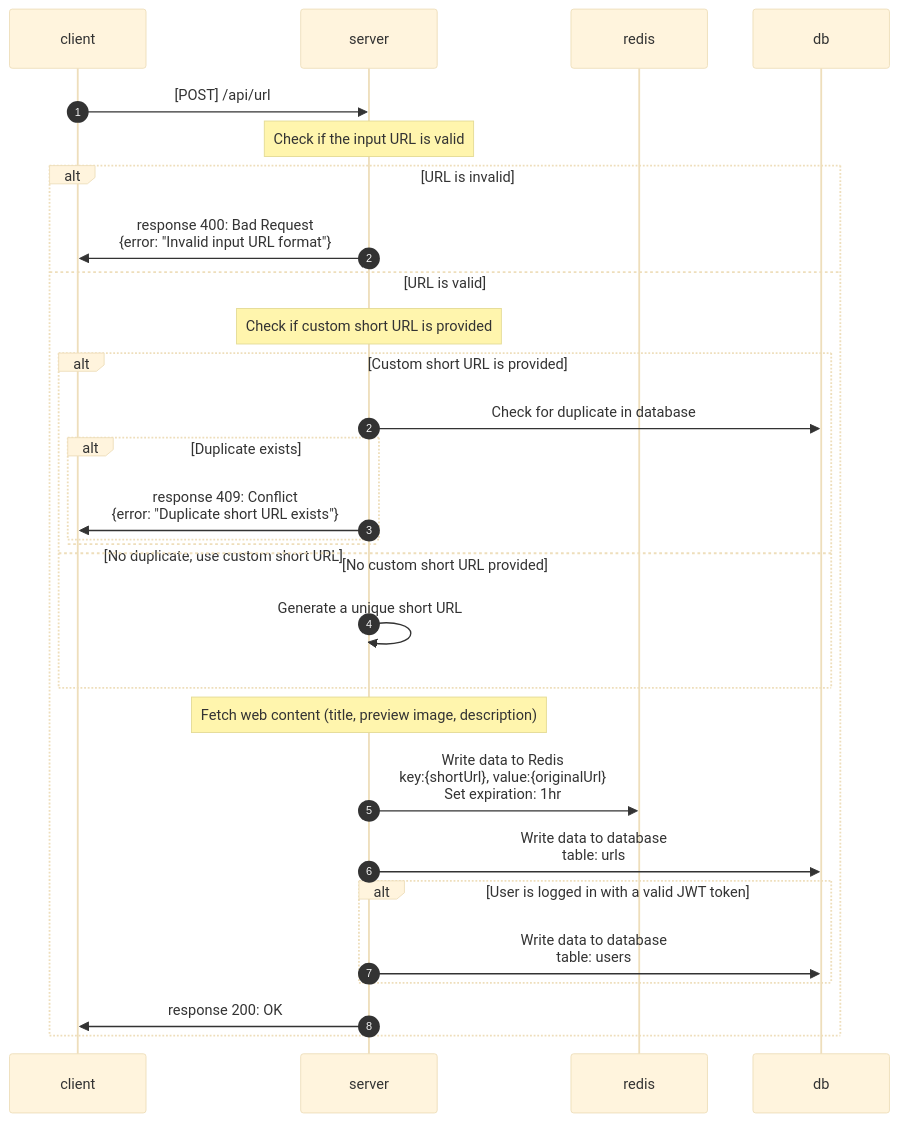
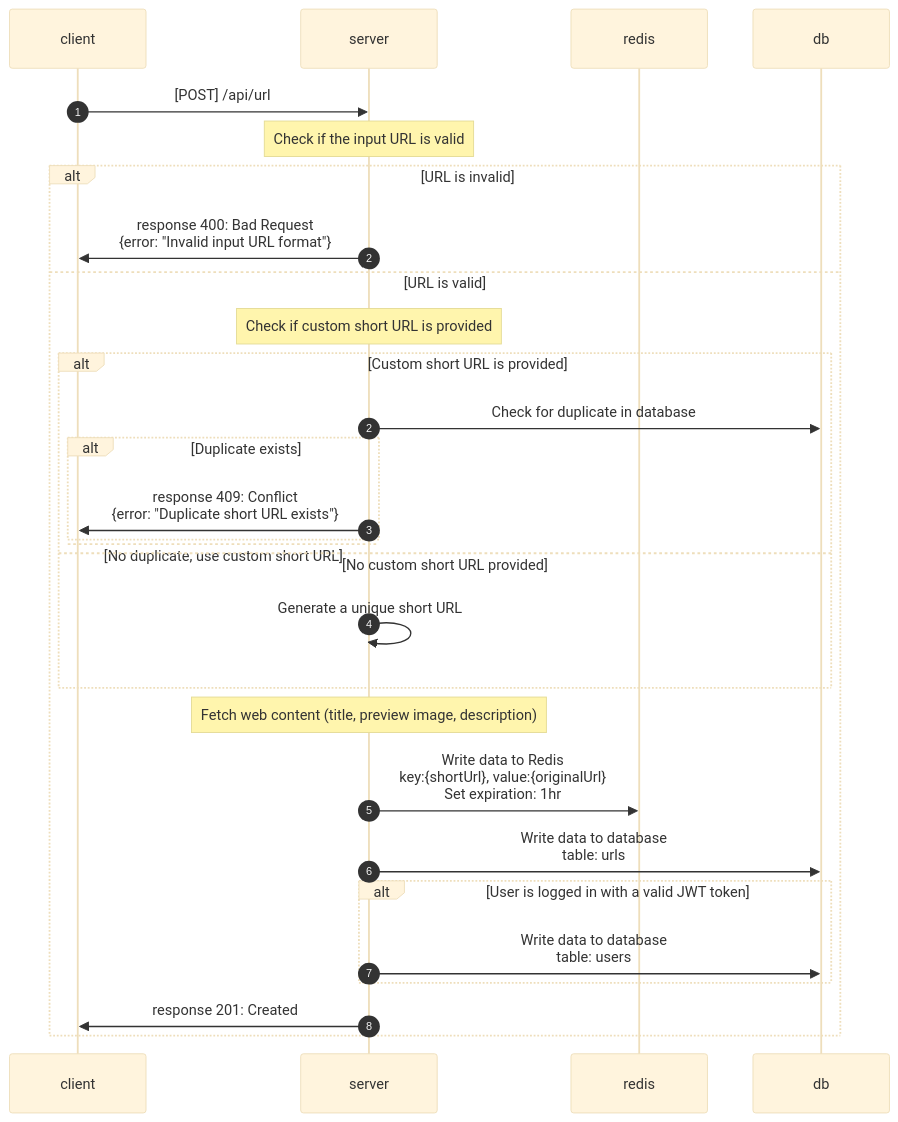
The diagram in docs/api/short url/create.md (yanzzzzzzzzz/short_url_backend), drawn with Mermaid (base theme) before and after one commit. The commit also changed other lines of this file and 2 other files, not shown here.

Commit message:
Update status code & error msg

````diff
--- a/docs/api/short url/create.md
+++ b/docs/api/short url/create.md
@@ -36,36 +36,36 @@
 ```mermaid
 sequenceDiagram
     participant client
     participant server
     participant redis
     participant db
     
     autonumber 1
     client ->> server: [POST] /api/url
     Note over server: Check if the input URL is valid
     alt URL is invalid
         server ->> client: response 400: Bad Request<br>{error: "Invalid input URL format"}
     else URL is valid
         autonumber 2
         Note over server: Check if custom short URL is provided
         alt Custom short URL is provided
             server ->> db: Check for duplicate in database
             alt Duplicate exists
                 server ->> client: response 409: Conflict<br>{error: "Duplicate short URL exists"}
             else No duplicate, use custom short URL
             end
         else No custom short URL provided
             server ->> server: Generate a unique short URL
         end
 
         Note over server: Fetch web content (title, preview image, description)
         server ->> redis: Write data to Redis<br>key:{shortUrl}, value:{originalUrl}<br>Set expiration: 1hr
         server ->> db: Write data to database<br>table: urls
         alt User is logged in with a valid JWT token
             server ->> db: Write data to database<br>table: users
         end
         
-        server ->> client: response 200: OK
+        server ->> client: response 201: Created
     end
 
 ```
````
